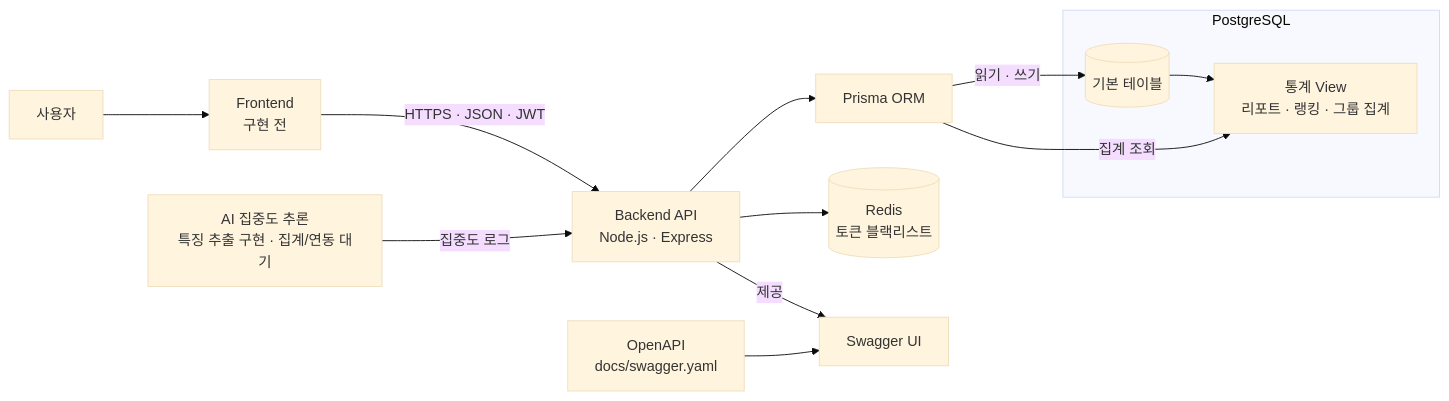
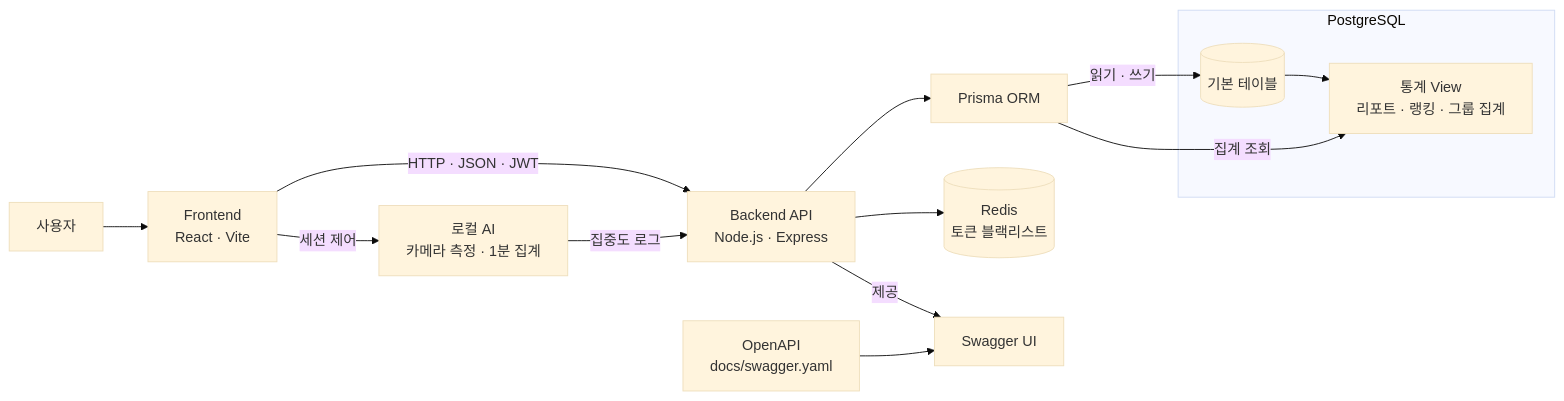
The diagram in README.md (hwang-sungjo/focusLens), drawn with Mermaid (base theme) before and after one commit. The commit also changed other lines of this file and 9 other files, not shown here.

````diff
--- a/README.md
+++ b/README.md
@@ -17,16 +27,17 @@
 ```mermaid
 flowchart LR
-    U[사용자] --> FE["Frontend<br/>구현 전"]
-    FE -->|HTTPS · JSON · JWT| API["Backend API<br/>Node.js · Express"]
-    AI["AI 집중도 추론<br/>특징 추출 구현 · 집계/연동 대기"] -->|집중도 로그| API
+    U[사용자] --> FE["Frontend<br/>React · Vite"]
+    FE -->|HTTP · JSON · JWT| API["Backend API<br/>Node.js · Express"]
+    FE -->|세션 제어| AI["로컬 AI<br/>카메라 측정 · 1분 집계"]
+    AI -->|집중도 로그| API
 
     API --> ORM[Prisma ORM]
     ORM -->|읽기 · 쓰기| TABLES
     ORM -->|집계 조회| VIEW
     subgraph DB[PostgreSQL]
         TABLES[(기본 테이블)] --> VIEW["통계 View<br/>리포트 · 랭킹 · 그룹 집계"]
     end
     API --> CACHE[("Redis<br/>토큰 블랙리스트")]
     SPEC["OpenAPI<br/>docs/swagger.yaml"] --> SWAGGER[Swagger UI]
     API -->|제공| SWAGGER
 ```
````
